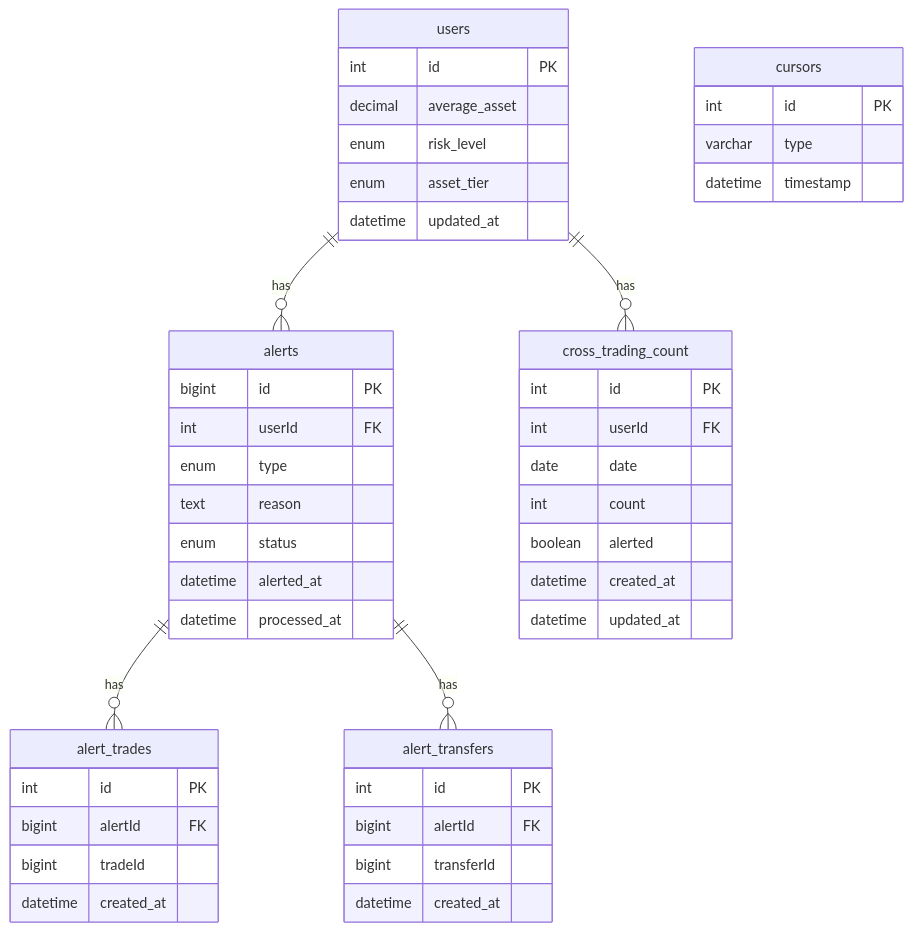
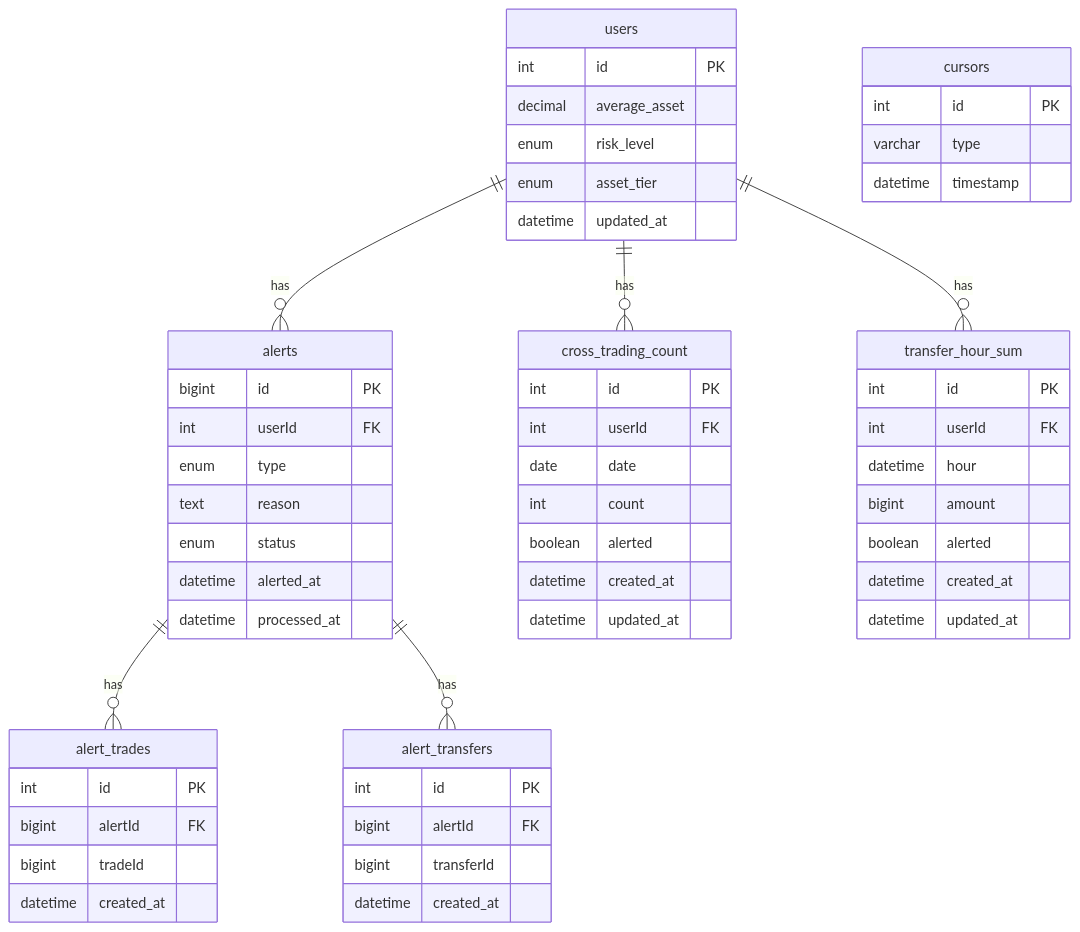
One commit to kangbaek324/AML changed the first of 2 diagrams in backend/README.md. Above: the diagram before and after it, drawn with Mermaid. The commit also changed other lines of this file and 12 other files, not shown here.

````diff
--- a/backend/README.md
+++ b/backend/README.md
@@ -18,55 +18,66 @@
 ```mermaid
 erDiagram
     users ||--o{ alerts : "has"
     users ||--o{ cross_trading_count : "has"
+    users ||--o{ transfer_hour_sum : "has"
     alerts ||--o{ alert_trades : "has"
     alerts ||--o{ alert_transfers : "has"
 
     users {
         int id PK
         decimal average_asset
         enum risk_level
         enum asset_tier
         datetime updated_at
     }
 
     alerts {
         bigint id PK
         int userId FK
         enum type
         text reason
         enum status
         datetime alerted_at
         datetime processed_at
     }
 
     alert_trades {
         int id PK
         bigint alertId FK
         bigint tradeId
         datetime created_at
     }
 
     alert_transfers {
         int id PK
         bigint alertId FK
         bigint transferId
         datetime created_at
     }
 
     cross_trading_count {
         int id PK
         int userId FK
         date date
         int count
         boolean alerted
         datetime created_at
         datetime updated_at
     }
 
+    transfer_hour_sum {
+        int id PK
+        int userId FK
+        datetime hour
+        bigint amount
+        boolean alerted
+        datetime created_at
+        datetime updated_at
+    }
+
     cursors {
         int id PK
         varchar type
         datetime timestamp
     }
 ```
````
